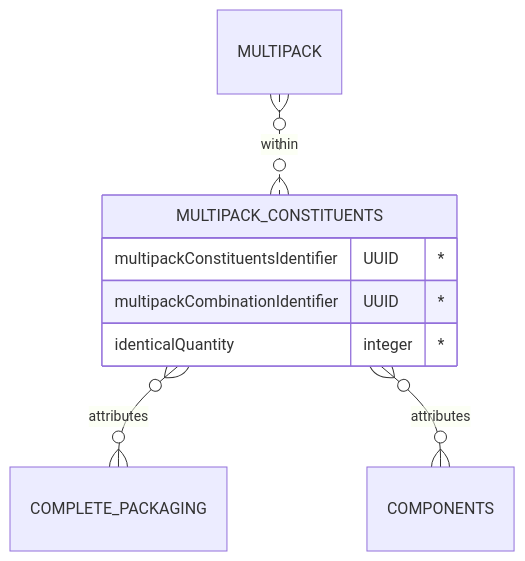
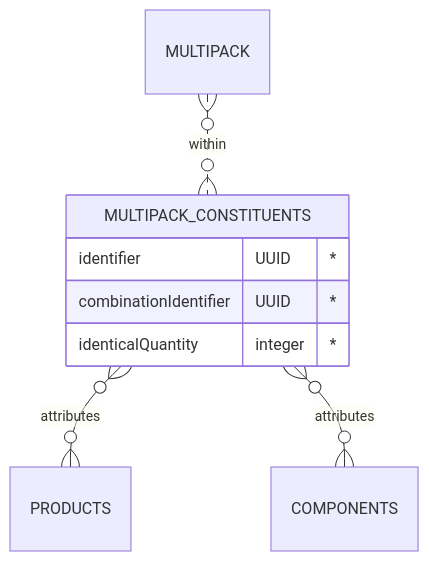
The diagram in docs/constituent-lists/multipack-constituents.md (OpenDataManchester/OSTFD), drawn with Mermaid before and after one commit. The commit also changed other lines of this file and 46 other files, not shown here.

````diff
--- a/docs/constituent-lists/multipack-constituents.md
+++ b/docs/constituent-lists/multipack-constituents.md
@@ -19,12 +19,12 @@
 ``` mermaid
 erDiagram
 
   MULTIPACK }o..o{ MULTIPACK_CONSTITUENTS : within
   MULTIPACK_CONSTITUENTS {
-    multipackConstituentsIdentifier UUID "*"
-    multipackCombinationIdentifier UUID "*"
+    identifier UUID "*"
+    combinationIdentifier UUID "*"
     identicalQuantity integer "*"
   }
-  MULTIPACK_CONSTITUENTS }o--o{ COMPLETE_PACKAGING : attributes
+  MULTIPACK_CONSTITUENTS }o--o{ PRODUCTS : attributes
   MULTIPACK_CONSTITUENTS }o--o{ COMPONENTS : attributes
 ```
````
